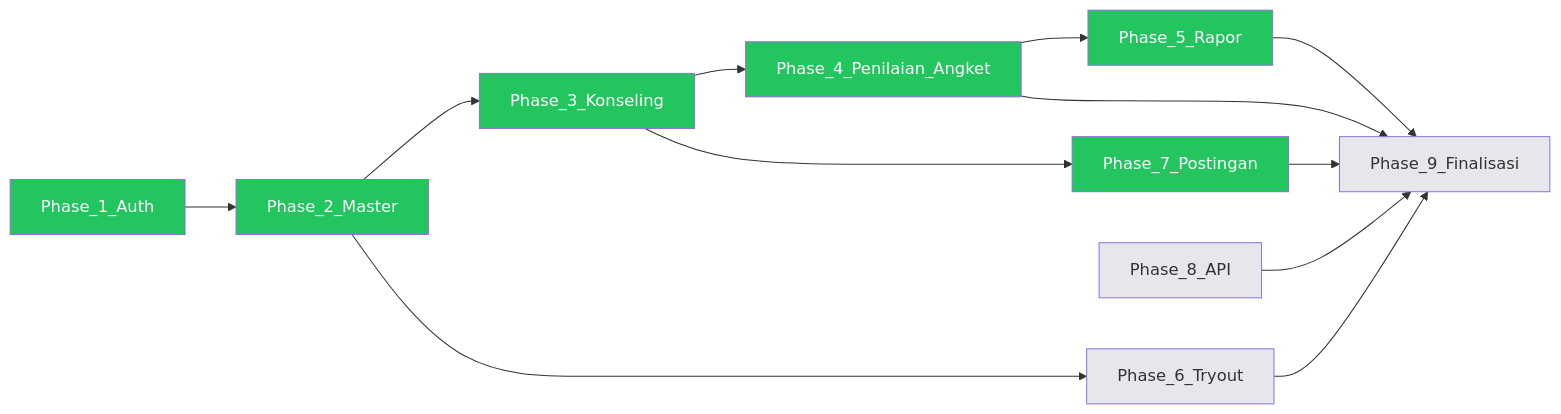
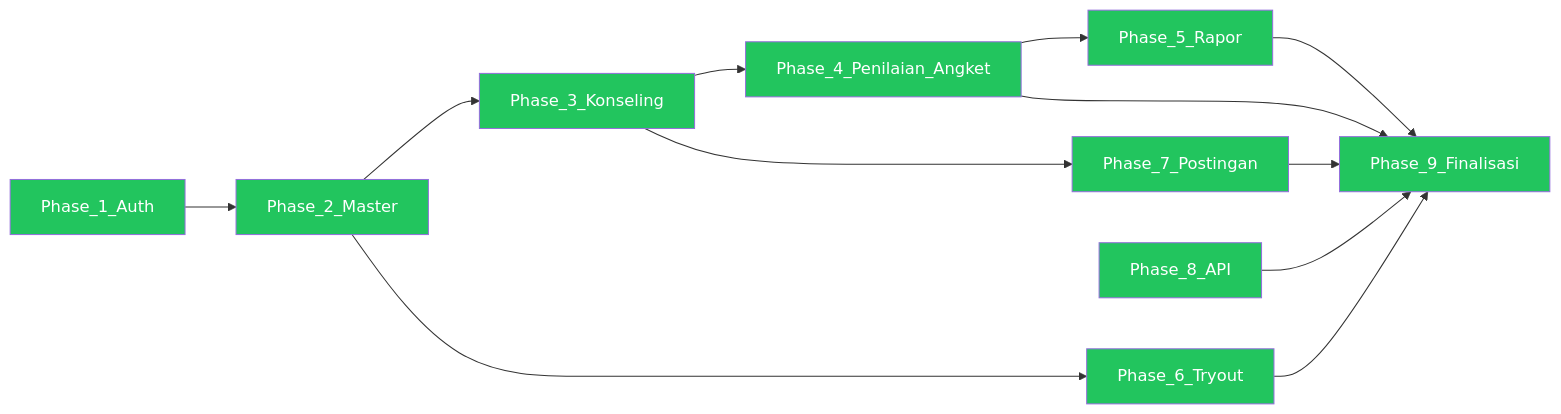
One commit to rackksstar/sistembk changed the diagram in docs/CORE_TEAM_TRACKER.md. Above: the diagram before and after it, drawn with Mermaid. The commit also changed other lines of this file and 23 other files, not shown here.

````diff
--- a/docs/CORE_TEAM_TRACKER.md
+++ b/docs/CORE_TEAM_TRACKER.md
@@ -33,24 +33,24 @@
 ```mermaid
 flowchart LR
     P1[Phase_1_Auth] --> P2[Phase_2_Master]
     P2 --> P3[Phase_3_Konseling]
     P3 --> P4[Phase_4_Penilaian_Angket]
     P4 --> P5[Phase_5_Rapor]
     P3 --> P7[Phase_7_Postingan]
     P2 --> P6[Phase_6_Tryout]
     P5 --> P9[Phase_9_Finalisasi]
     P7 --> P9
     P6 --> P9
     P4 --> P9
     P8[Phase_8_API] --> P9
 
     style P1 fill:#22c55e,color:#fff
     style P2 fill:#22c55e,color:#fff
     style P3 fill:#22c55e,color:#fff
     style P4 fill:#22c55e,color:#fff
     style P5 fill:#22c55e,color:#fff
-    style P6 fill:#e5e7eb
+    style P6 fill:#22c55e,color:#fff
     style P7 fill:#22c55e,color:#fff
-    style P8 fill:#e5e7eb
-    style P9 fill:#e5e7eb
+    style P8 fill:#22c55e,color:#fff
+    style P9 fill:#22c55e,color:#fff
 ```
````
